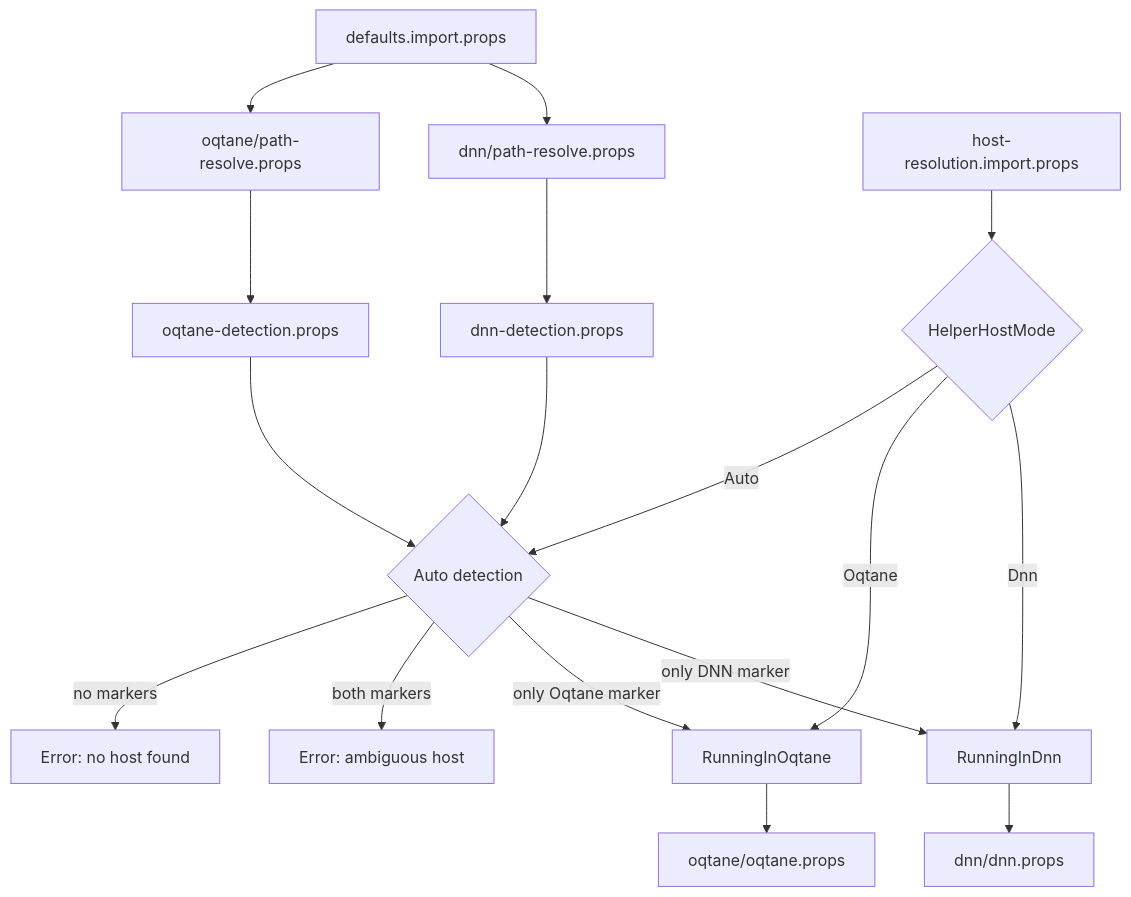
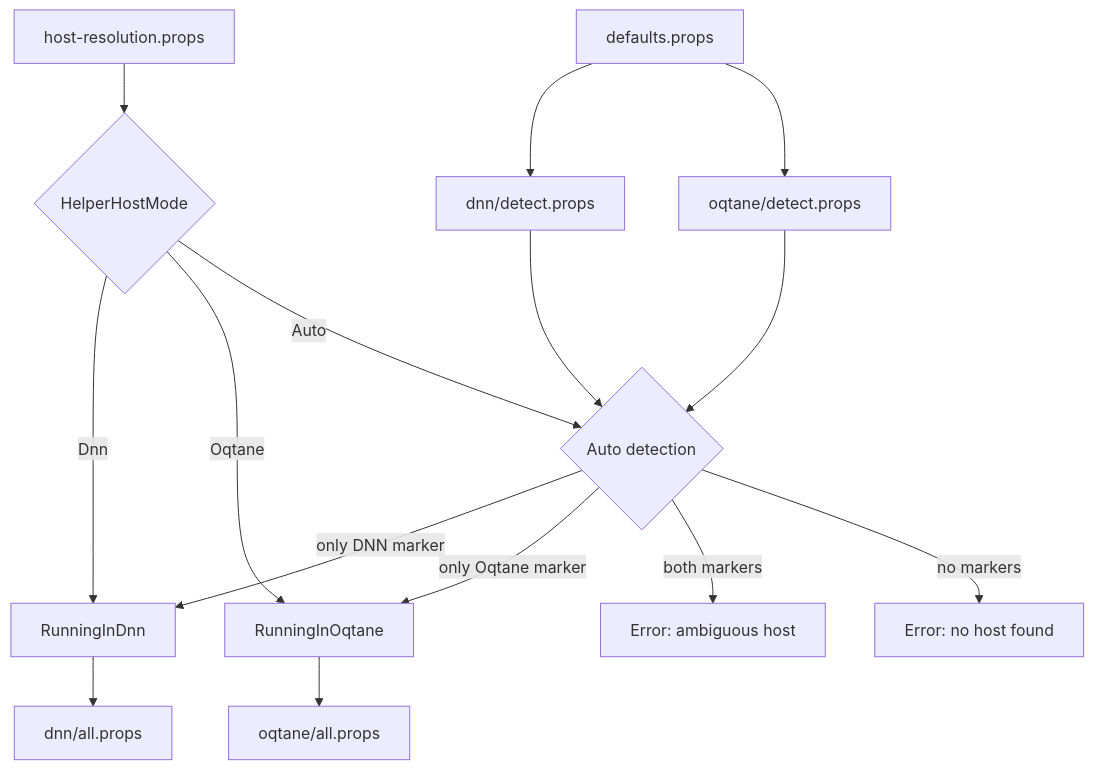
Before and after one commit to 2sxc-apps/app-extension-dotnet-project: the second of 3 diagrams in readme.md, drawn with Mermaid. The commit also changed other lines of this file and 29 other files, not shown here.

````diff
--- a/readme.md
+++ b/readme.md
@@ -211,24 +195,21 @@
 ```mermaid
 flowchart TD
-    DEF[defaults.import.props] --> DNNPATH[dnn/path-resolve.props]
-    DEF --> OQTPATH[oqtane/path-resolve.props]
+    DEF[defaults.props] --> DNNDET[dnn/detect.props]
+    DEF --> OQTDET[oqtane/detect.props]
 
-    DNNPATH --> DNNDET[dnn-detection.props]
-    OQTPATH --> OQTDET[oqtane-detection.props]
-
-    HOST[host-resolution.import.props] --> MODE{HelperHostMode}
+    HOST[host-resolution.props] --> MODE{HelperHostMode}
     DNNDET --> AUTO{Auto detection}
     OQTDET --> AUTO
 
     MODE -->|Dnn| RD[RunningInDnn]
     MODE -->|Oqtane| RO[RunningInOqtane]
     MODE -->|Auto| AUTO
 
     AUTO -->|only DNN marker| RD
     AUTO -->|only Oqtane marker| RO
     AUTO -->|both markers| E1[Error: ambiguous host]
     AUTO -->|no markers| E2[Error: no host found]
 
-    RD --> DNN[dnn/dnn.props]
-    RO --> OQT[oqtane/oqtane.props]
+    RD --> DNN[dnn/all.props]
+    RO --> OQT[oqtane/all.props]
 ```
````
